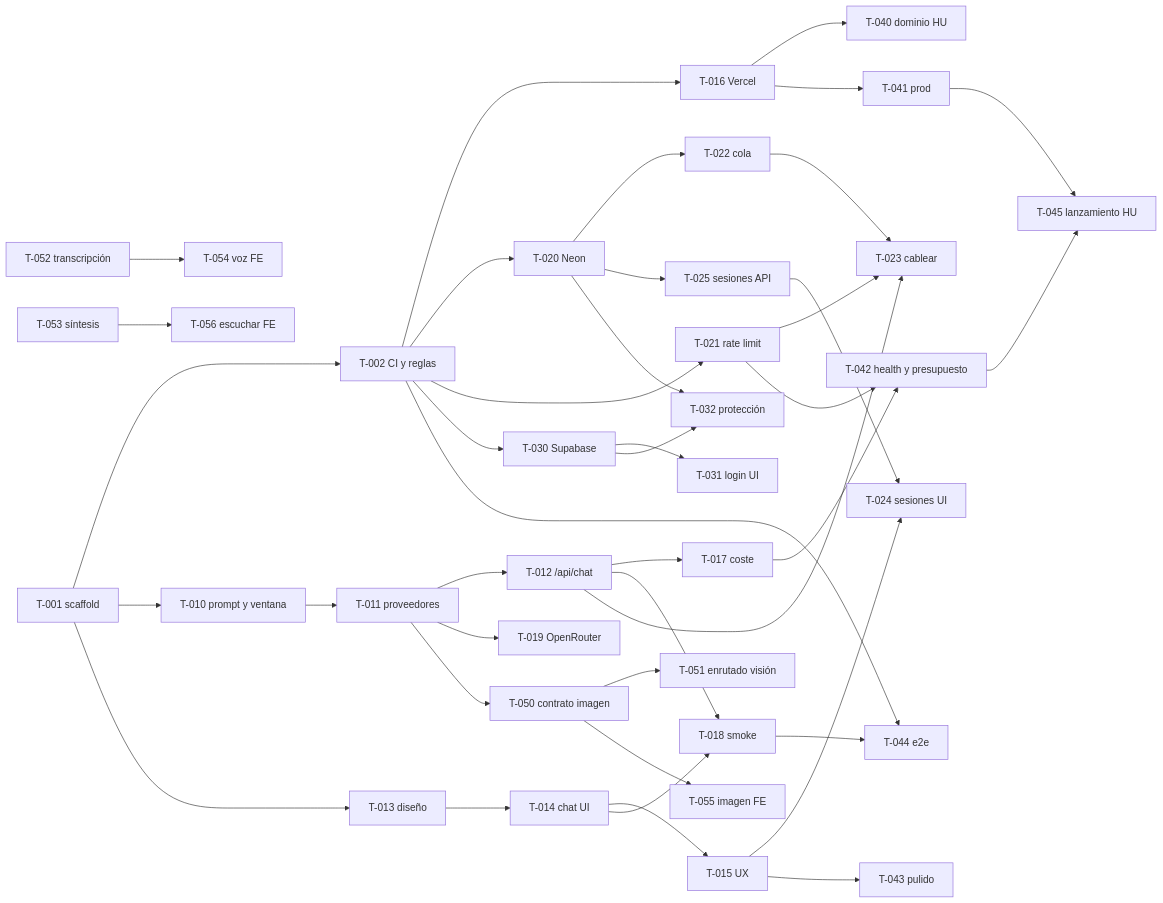
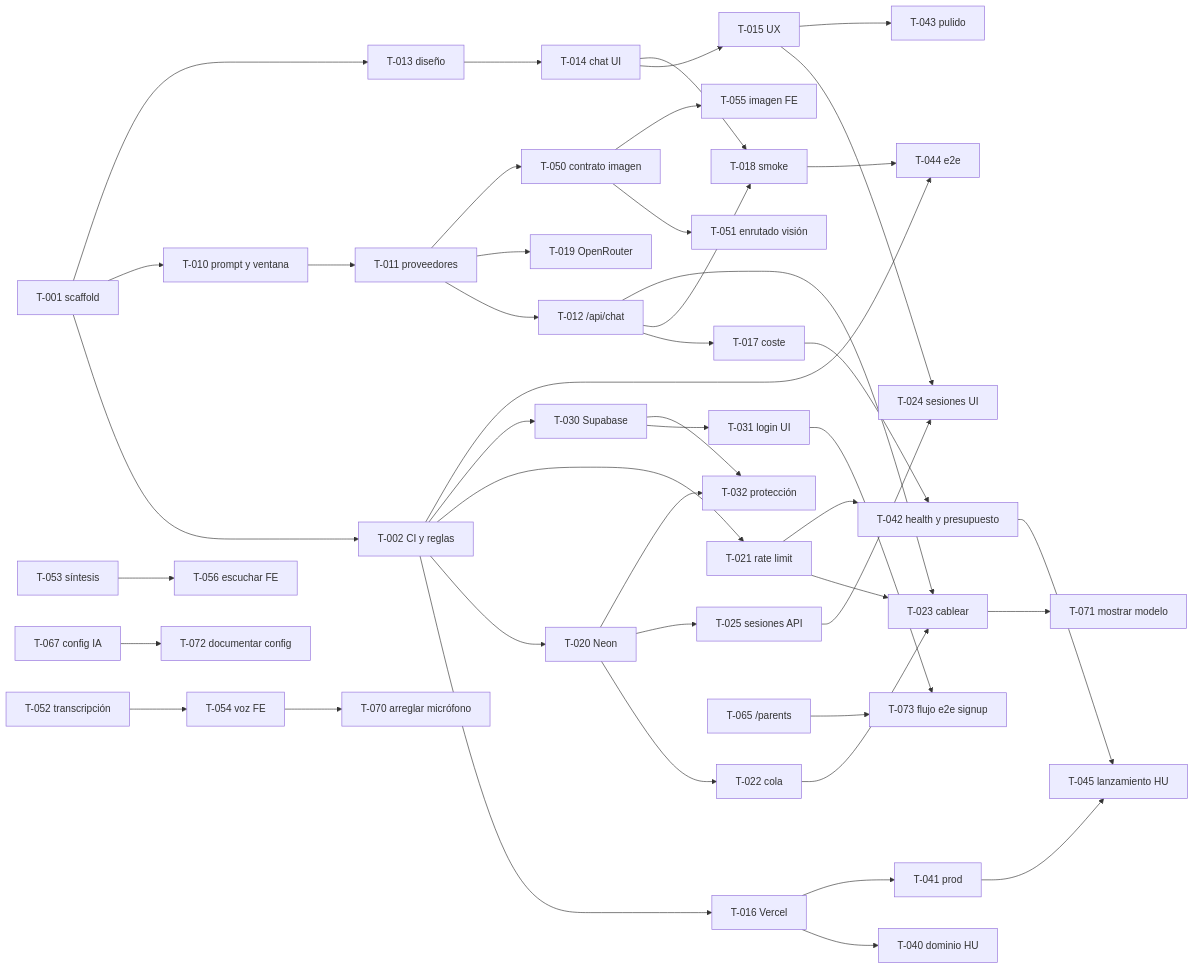
The diagram in roadmap.md (talacha/elingo), drawn with Mermaid before and after one commit. The commit also changed other lines of this file and 1 other file, not shown here.

````diff
--- a/roadmap.md
+++ b/roadmap.md
@@ -127,42 +142,47 @@
 ```mermaid
 graph LR
   T001[T-001 scaffold] --> T002[T-002 CI y reglas]
   T001 --> T010[T-010 prompt y ventana]
   T001 --> T013[T-013 diseño]
   T010 --> T011[T-011 proveedores]
   T011 --> T012[T-012 /api/chat]
   T011 --> T019[T-019 OpenRouter]
   T012 --> T017[T-017 coste]
   T013 --> T014[T-014 chat UI]
   T014 --> T015[T-015 UX]
   T012 --> T018[T-018 smoke]
   T014 --> T018
   T002 --> T016[T-016 Vercel]
   T002 --> T020[T-020 Neon]
   T002 --> T021[T-021 rate limit]
   T002 --> T030[T-030 Supabase]
   T020 --> T022[T-022 cola]
   T020 --> T025[T-025 sesiones API]
   T012 --> T023[T-023 cablear]
   T021 --> T023
   T022 --> T023
   T015 --> T024[T-024 sesiones UI]
   T025 --> T024
   T030 --> T031[T-031 login UI]
   T030 --> T032[T-032 protección]
   T020 --> T032
   T016 --> T040[T-040 dominio HU]
   T016 --> T041[T-041 prod]
   T017 --> T042[T-042 health y presupuesto]
   T021 --> T042
   T015 --> T043[T-043 pulido]
   T018 --> T044[T-044 e2e]
   T002 --> T044
   T041 --> T045[T-045 lanzamiento HU]
   T042 --> T045
   T011 --> T050[T-050 contrato imagen]
   T050 --> T051[T-051 enrutado visión]
   T050 --> T055[T-055 imagen FE]
   T052[T-052 transcripción] --> T054[T-054 voz FE]
   T053[T-053 síntesis] --> T056[T-056 escuchar FE]
+  T054 --> T070[T-070 arreglar micrófono]
+  T023 --> T071[T-071 mostrar modelo]
+  T067[T-067 config IA] --> T072[T-072 documentar config]
+  T031 --> T073[T-073 flujo e2e signup]
+  T065[T-065 /parents] --> T073
 ```
````
